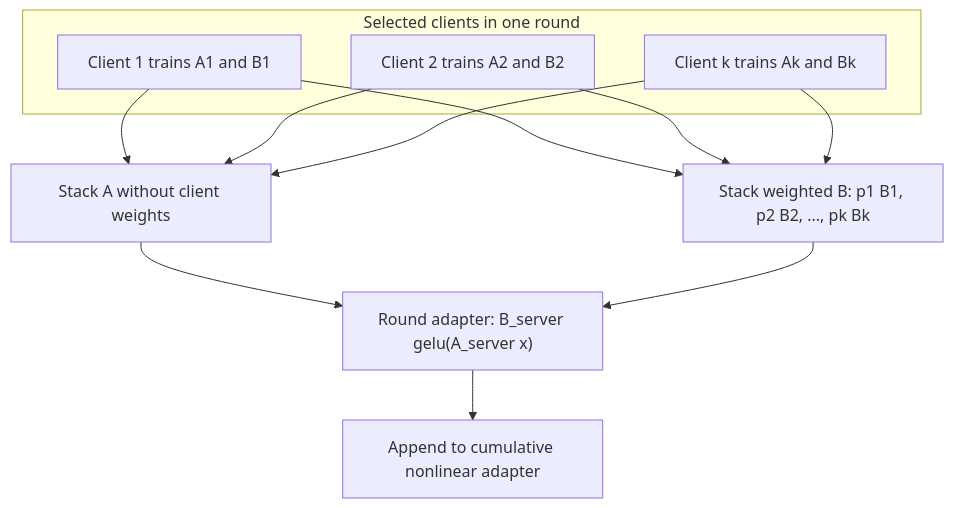
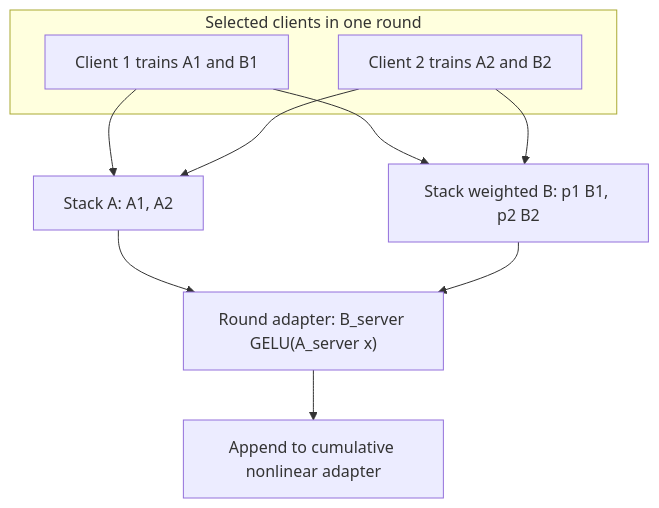
Before and after one commit to trantrieuvy/vflora: the third of 4 diagrams in docs/METHODS.md, drawn with Mermaid. The commit also changed other lines of this file, not shown here.

Commit message:
Refine method diagrams and notation

````diff
--- a/docs/METHODS.md
+++ b/docs/METHODS.md
@@ -100,20 +125,17 @@
 ```mermaid
 flowchart TD
-  subgraph Clients[Selected clients in one round]
+  subgraph Clients["Selected clients in one round"]
     C1["Client 1 trains A1 and B1"]
     C2["Client 2 trains A2 and B2"]
-    CK["Client k trains Ak and Bk"]
   end
 
-  C1 --> AStack["Stack A without client weights"]
+  C1 --> AStack["Stack A: A1, A2"]
   C2 --> AStack
-  CK --> AStack
 
-  C1 --> BStack["Stack weighted B: p1 B1, p2 B2, ..., pk Bk"]
+  C1 --> BStack["Stack weighted B: p1 B1, p2 B2"]
   C2 --> BStack
-  CK --> BStack
 
-  AStack --> Round["Round adapter: B_server gelu(A_server x)"]
+  AStack --> Round["Round adapter: B_server GELU(A_server x)"]
   BStack --> Round
   Round --> Global["Append to cumulative nonlinear adapter"]
 ```
````
